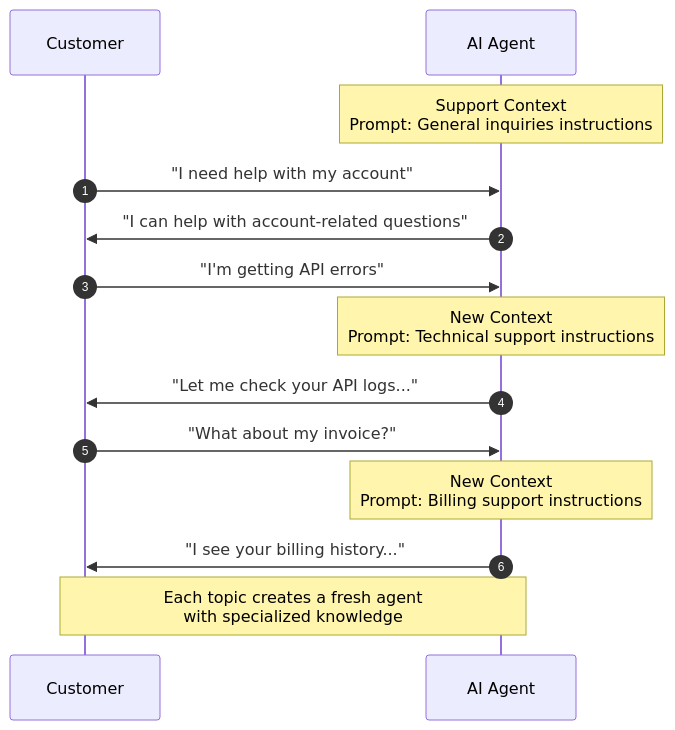
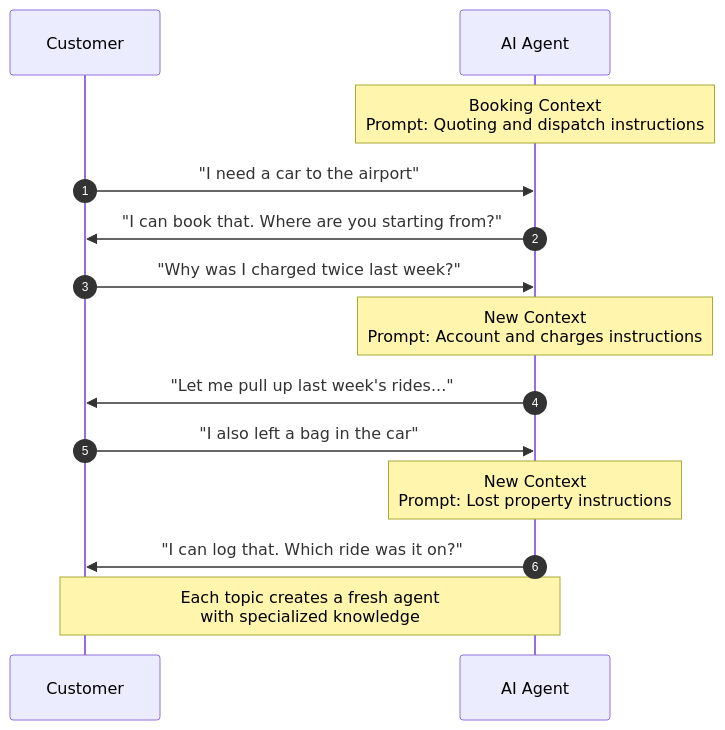
The sixth of 9 diagrams in fern/products/platform/pages/ai/get-started/capabilities/index.mdx (signalwire/docs), drawn with Mermaid before and after one commit. The commit also changed other lines of this file and 8 other files, not shown here.

````diff
--- a/fern/products/platform/pages/ai/get-started/capabilities/index.mdx
+++ b/fern/products/platform/pages/ai/get-started/capabilities/index.mdx
@@ -213,17 +222,17 @@
 ```mermaid
 sequenceDiagram
     autonumber
     participant C as Customer
     participant A as AI Agent
 
-    Note over A: Support Context<br/>Prompt: General inquiries instructions
-    C->>A: "I need help with my account"
-    A->>C: "I can help with account-related questions"
-    C->>A: "I'm getting API errors"
-    Note over A: New Context<br/>Prompt: Technical support instructions
-    A->>C: "Let me check your API logs..."
-    C->>A: "What about my invoice?"
-    Note over A: New Context<br/>Prompt: Billing support instructions
-    A->>C: "I see your billing history..."
+    Note over A: Booking Context<br/>Prompt: Quoting and dispatch instructions
+    C->>A: "I need a car to the airport"
+    A->>C: "I can book that. Where are you starting from?"
+    C->>A: "Why was I charged twice last week?"
+    Note over A: New Context<br/>Prompt: Account and charges instructions
+    A->>C: "Let me pull up last week's rides..."
+    C->>A: "I also left a bag in the car"
+    Note over A: New Context<br/>Prompt: Lost property instructions
+    A->>C: "I can log that. Which ride was it on?"
     Note over C,A: Each topic creates a fresh agent<br/>with specialized knowledge
 ```
````
